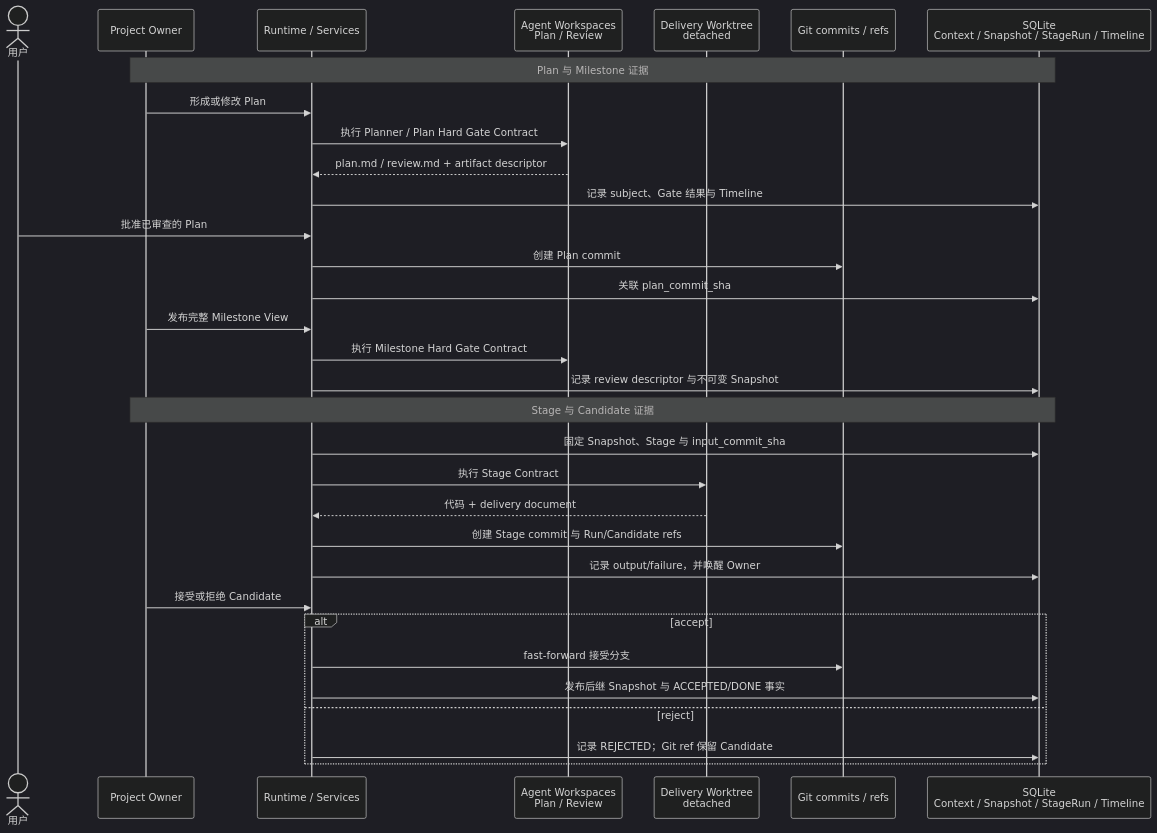
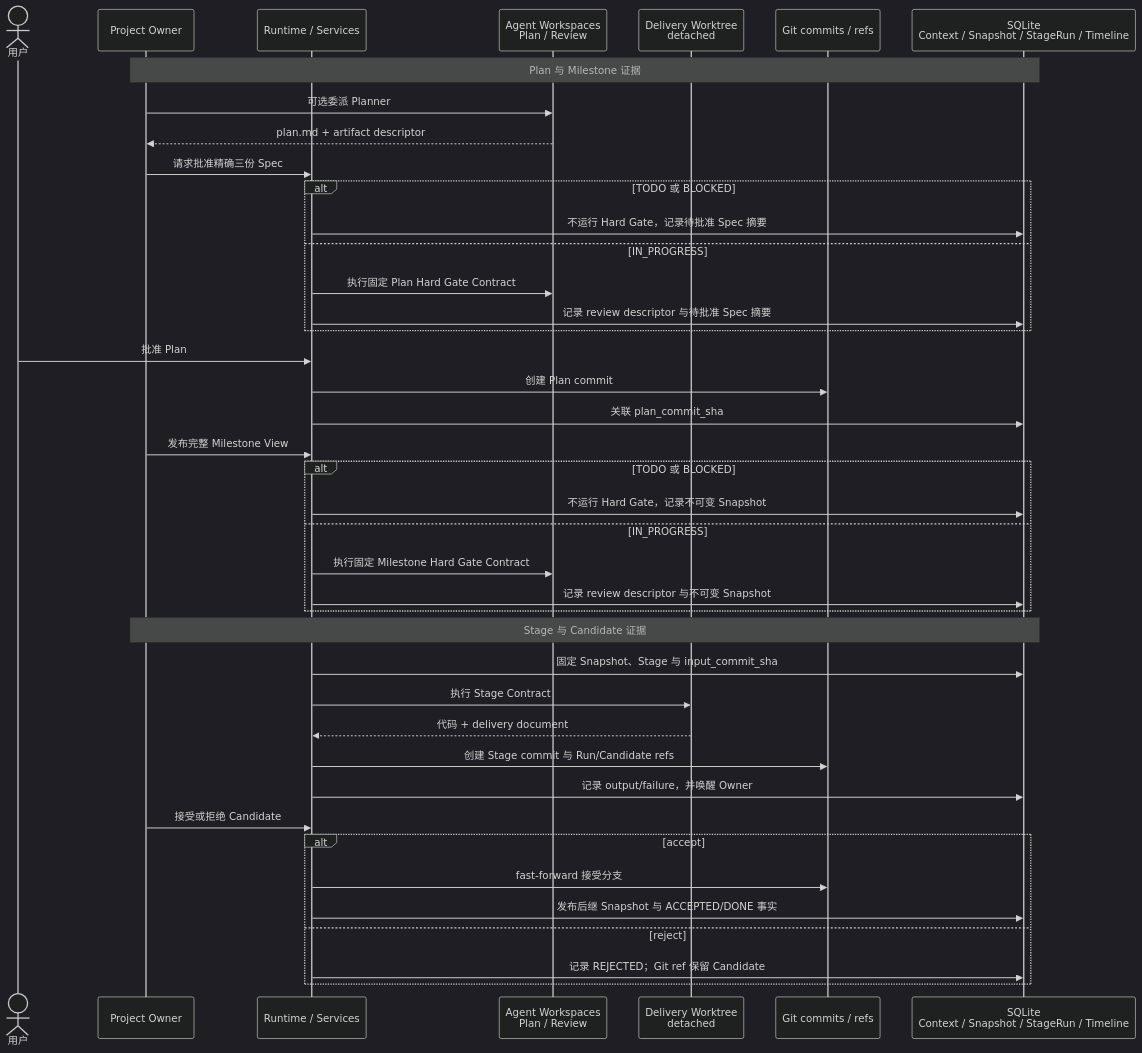
Before and after one commit to aowo-1345/AgentPanelX: the second of 2 diagrams in src/agentplanex/resources/skills/agentplanex-project-observe/SKILL.md, drawn with Mermaid (dark theme). The commit also changed other lines of this file and 23 other files, not shown here.

````diff
--- a/src/agentplanex/resources/skills/agentplanex-project-observe/SKILL.md
+++ b/src/agentplanex/resources/skills/agentplanex-project-observe/SKILL.md
@@ -87,36 +106,45 @@
 ```mermaid
 sequenceDiagram
     actor User as 用户
     participant Owner as Project Owner
     participant Runtime as Runtime / Services
     participant Artifacts as Agent Workspaces<br/>Plan / Review
     participant Delivery as Delivery Worktree<br/>detached
     participant Git as Git commits / refs
     participant DB as SQLite<br/>Context / Snapshot / StageRun / Timeline
 
     Note over Owner,DB: Plan 与 Milestone 证据
-    Owner->>Runtime: 形成或修改 Plan
-    Runtime->>Artifacts: 执行 Planner / Plan Hard Gate Contract
-    Artifacts-->>Runtime: plan.md / review.md + artifact descriptor
-    Runtime->>DB: 记录 subject、Gate 结果与 Timeline
-    User->>Runtime: 批准已审查的 Plan
+    Owner->>Artifacts: 可选委派 Planner
+    Artifacts-->>Owner: plan.md + artifact descriptor
+    Owner->>Runtime: 请求批准精确三份 Spec
+    alt TODO 或 BLOCKED
+        Runtime->>DB: 不运行 Hard Gate，记录待批准 Spec 摘要
+    else IN_PROGRESS
+        Runtime->>Artifacts: 执行固定 Plan Hard Gate Contract
+        Runtime->>DB: 记录 review descriptor 与待批准 Spec 摘要
+    end
+    User->>Runtime: 批准 Plan
     Runtime->>Git: 创建 Plan commit
     Runtime->>DB: 关联 plan_commit_sha
     Owner->>Runtime: 发布完整 Milestone View
-    Runtime->>Artifacts: 执行 Milestone Hard Gate Contract
-    Runtime->>DB: 记录 review descriptor 与不可变 Snapshot
+    alt TODO 或 BLOCKED
+        Runtime->>DB: 不运行 Hard Gate，记录不可变 Snapshot
+    else IN_PROGRESS
+        Runtime->>Artifacts: 执行固定 Milestone Hard Gate Contract
+        Runtime->>DB: 记录 review descriptor 与不可变 Snapshot
+    end
 
     Note over Owner,DB: Stage 与 Candidate 证据
     Runtime->>DB: 固定 Snapshot、Stage 与 input_commit_sha
     Runtime->>Delivery: 执行 Stage Contract
     Delivery-->>Runtime: 代码 + delivery document
     Runtime->>Git: 创建 Stage commit 与 Run/Candidate refs
     Runtime->>DB: 记录 output/failure，并唤醒 Owner
     Owner->>Runtime: 接受或拒绝 Candidate
     alt accept
         Runtime->>Git: fast-forward 接受分支
         Runtime->>DB: 发布后继 Snapshot 与 ACCEPTED/DONE 事实
     else reject
         Runtime->>DB: 记录 REJECTED；Git ref 保留 Candidate
     end
 ```
````
